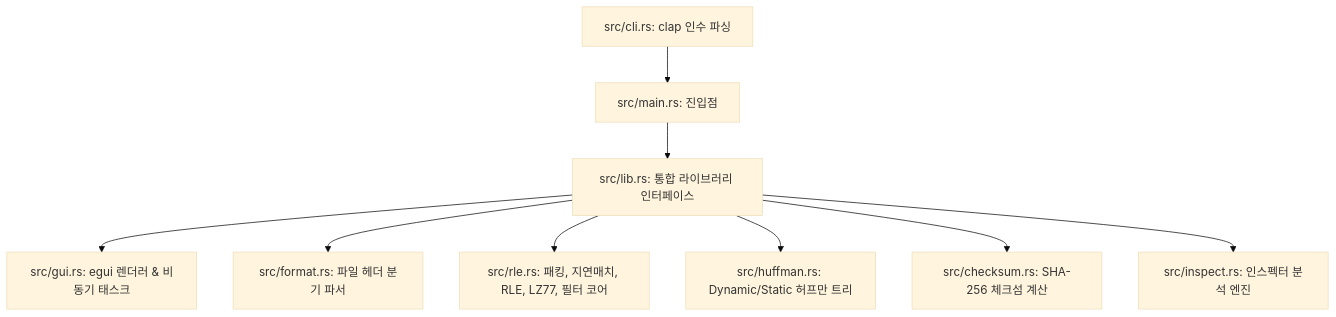
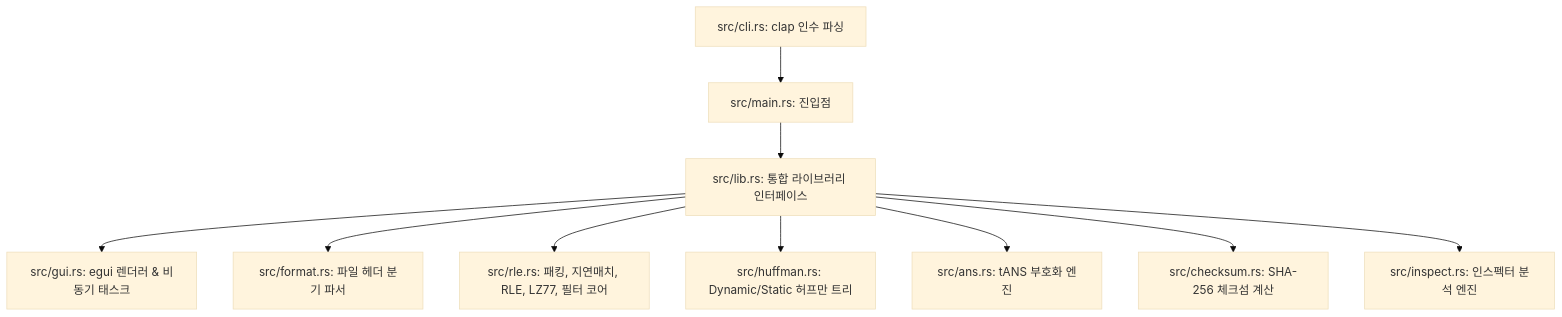
The diagram in README.md (jeiel85/minimal-zip-concept), drawn with Mermaid (base theme) before and after one commit. The commit also changed other lines of this file, not shown here.

Commit message:
docs: update README with MZC v6.0.0 milestones, usage guide, and architecture diagram

````diff
--- a/README.md
+++ b/README.md
@@ -98,11 +119,12 @@
 ```mermaid
 graph TD
     CLI[src/cli.rs: clap 인수 파싱] --> Main[src/main.rs: 진입점]
     Main --> Lib[src/lib.rs: 통합 라이브러리 인터페이스]
     Lib --> GUI[src/gui.rs: egui 렌더러 & 비동기 태스크]
     Lib --> Format[src/format.rs: 파일 헤더 분기 파서]
     Lib --> Rle[src/rle.rs: 패킹, 지연매치, RLE, LZ77, 필터 코어]
     Lib --> Huffman[src/huffman.rs: Dynamic/Static 허프만 트리]
+    Lib --> Ans[src/ans.rs: tANS 부호화 엔진]
     Lib --> Checksum[src/checksum.rs: SHA-256 체크섬 계산]
     Lib --> Inspect[src/inspect.rs: 인스펙터 분석 엔진]
 ```
````
